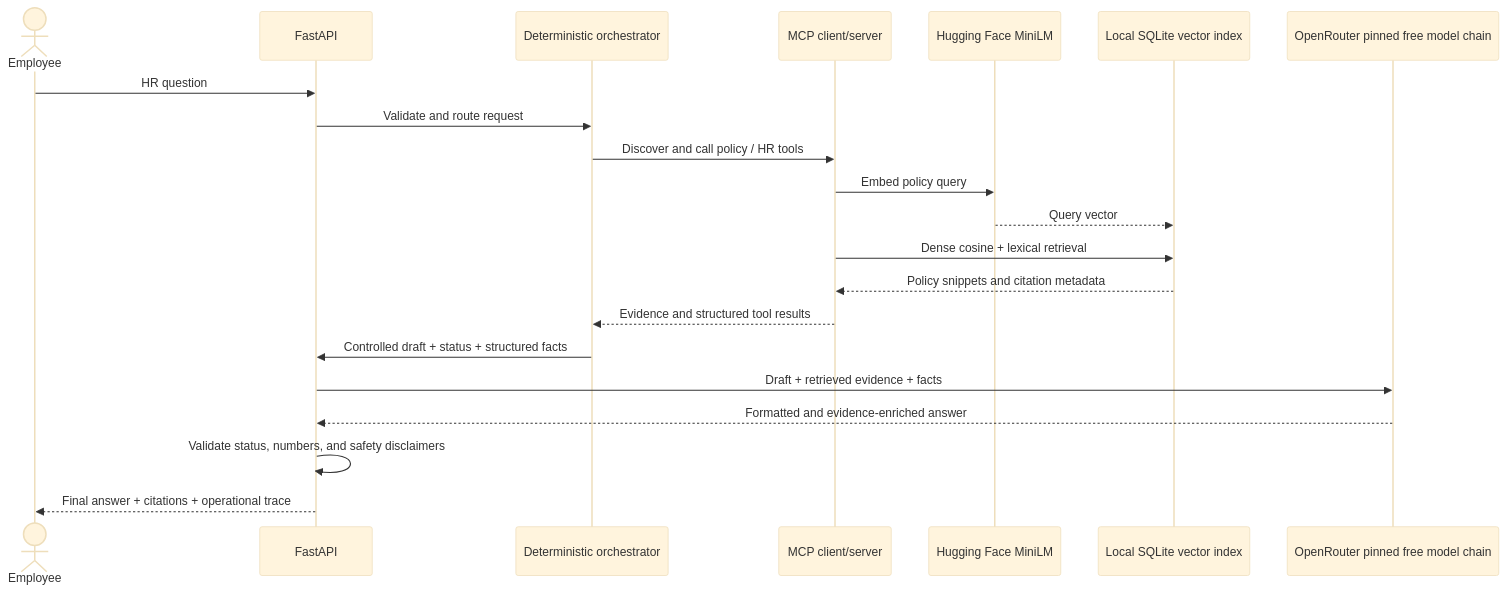
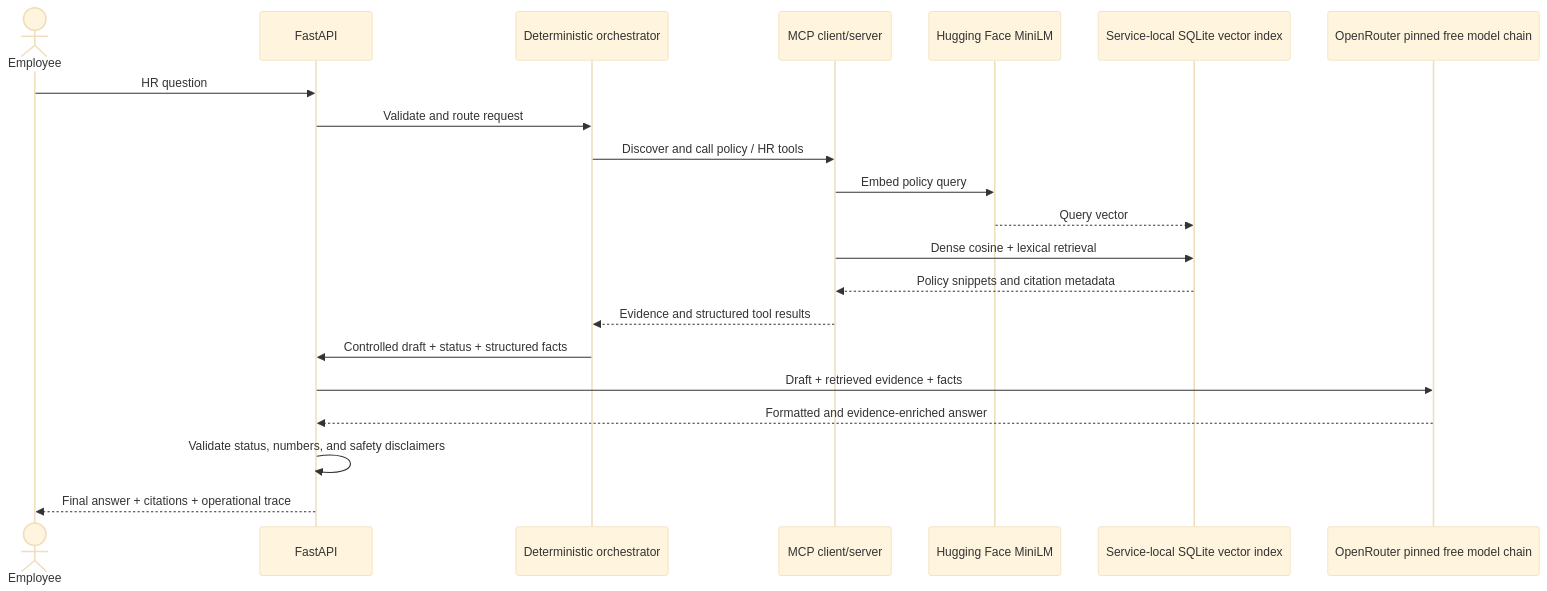
One commit to MSAIE2027/Project-HR-Agent changed the diagram in docs/architecture.md. Above: the diagram before and after it, drawn with Mermaid (base theme). The commit also changed 3 other files, not shown here.

````diff
--- a/docs/architecture.md
+++ b/docs/architecture.md
@@ -11,23 +11,23 @@
 ```mermaid
 sequenceDiagram
     actor Employee
     participant API as FastAPI
     participant Agent as Deterministic orchestrator
     participant MCP as MCP client/server
     participant HF as Hugging Face MiniLM
-    participant DB as Local SQLite vector index
+    participant DB as Service-local SQLite vector index
     participant OR as OpenRouter pinned free model chain
     Employee->>API: HR question
     API->>Agent: Validate and route request
     Agent->>MCP: Discover and call policy / HR tools
     MCP->>HF: Embed policy query
     HF-->>DB: Query vector
     MCP->>DB: Dense cosine + lexical retrieval
     DB-->>MCP: Policy snippets and citation metadata
     MCP-->>Agent: Evidence and structured tool results
     Agent->>API: Controlled draft + status + structured facts
     API->>OR: Draft + retrieved evidence + facts
     OR-->>API: Formatted and evidence-enriched answer
     API->>API: Validate status, numbers, and safety disclaimers
     API-->>Employee: Final answer + citations + operational trace
 ```
````
